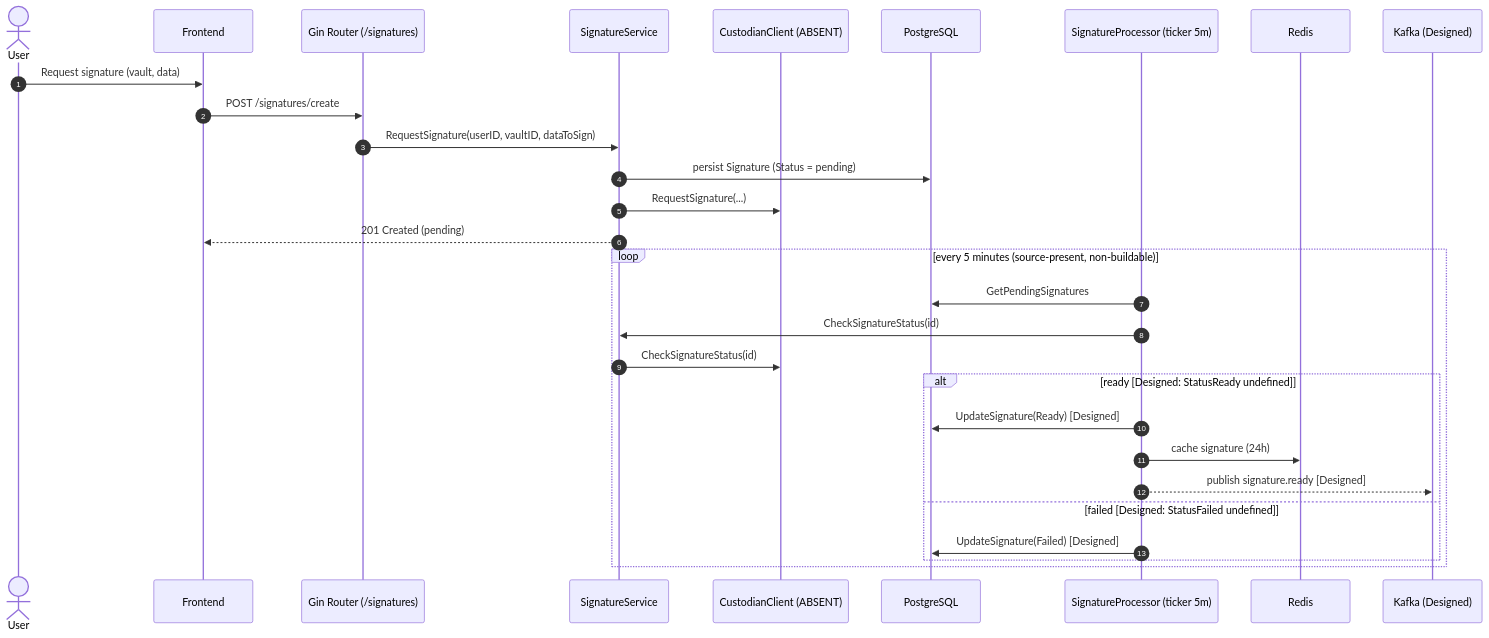
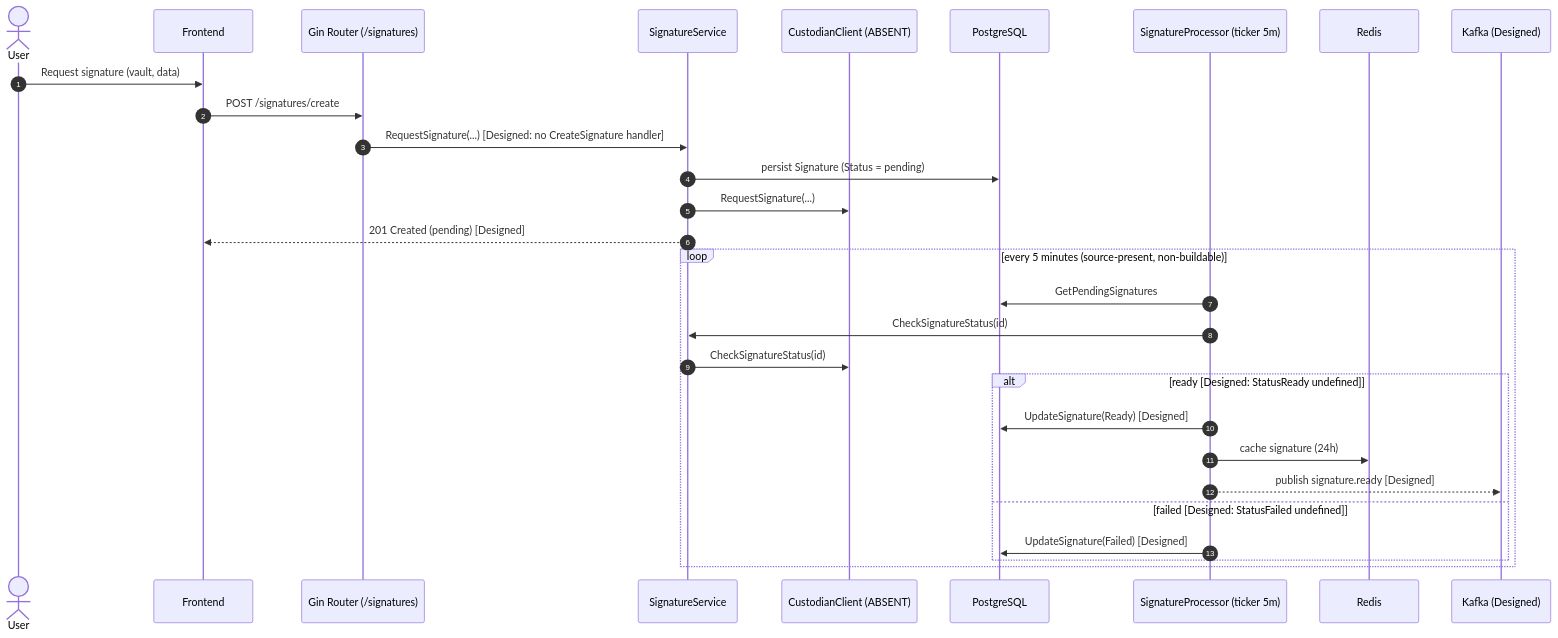
The third of 4 diagrams in docs/architecture/data-flow.md (blitzy-public-samples/blockchain-integration-6edhrq), drawn with Mermaid before and after one commit. The commit also changed other lines of this file and 17 other files, not shown here.

````diff
--- a/docs/architecture/data-flow.md
+++ b/docs/architecture/data-flow.md
@@ -111,31 +111,31 @@
 ```mermaid
 sequenceDiagram
     autonumber
     actor U as User
     participant F as Frontend
     participant R as Gin Router (/signatures)
     participant SS as SignatureService
     participant CU as CustodianClient (ABSENT)
     participant DB as PostgreSQL
     participant SP as SignatureProcessor (ticker 5m)
     participant RD as Redis
     participant K as Kafka (Designed)
     U->>F: Request signature (vault, data)
     F->>R: POST /signatures/create
-    R->>SS: RequestSignature(userID, vaultID, dataToSign)
+    R->>SS: RequestSignature(...) [Designed: no CreateSignature handler]
     SS->>DB: persist Signature (Status = pending)
     SS->>CU: RequestSignature(...)
-    SS-->>F: 201 Created (pending)
+    SS-->>F: 201 Created (pending) [Designed]
     loop every 5 minutes (source-present, non-buildable)
         SP->>DB: GetPendingSignatures
         SP->>SS: CheckSignatureStatus(id)
         SS->>CU: CheckSignatureStatus(id)
         alt ready [Designed: StatusReady undefined]
             SP->>DB: UpdateSignature(Ready) [Designed]
             SP->>RD: cache signature (24h)
             SP-->>K: publish signature.ready [Designed]
         else failed [Designed: StatusFailed undefined]
             SP->>DB: UpdateSignature(Failed) [Designed]
         end
     end
 ```
````
